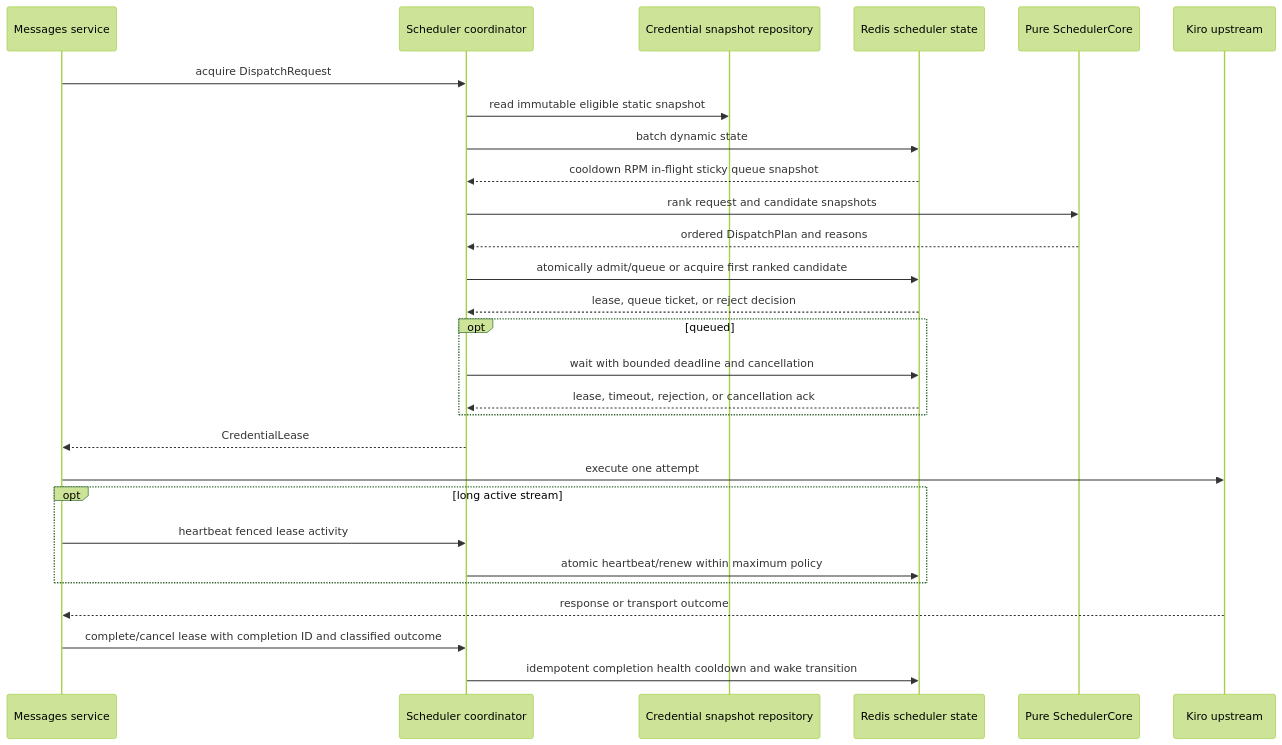
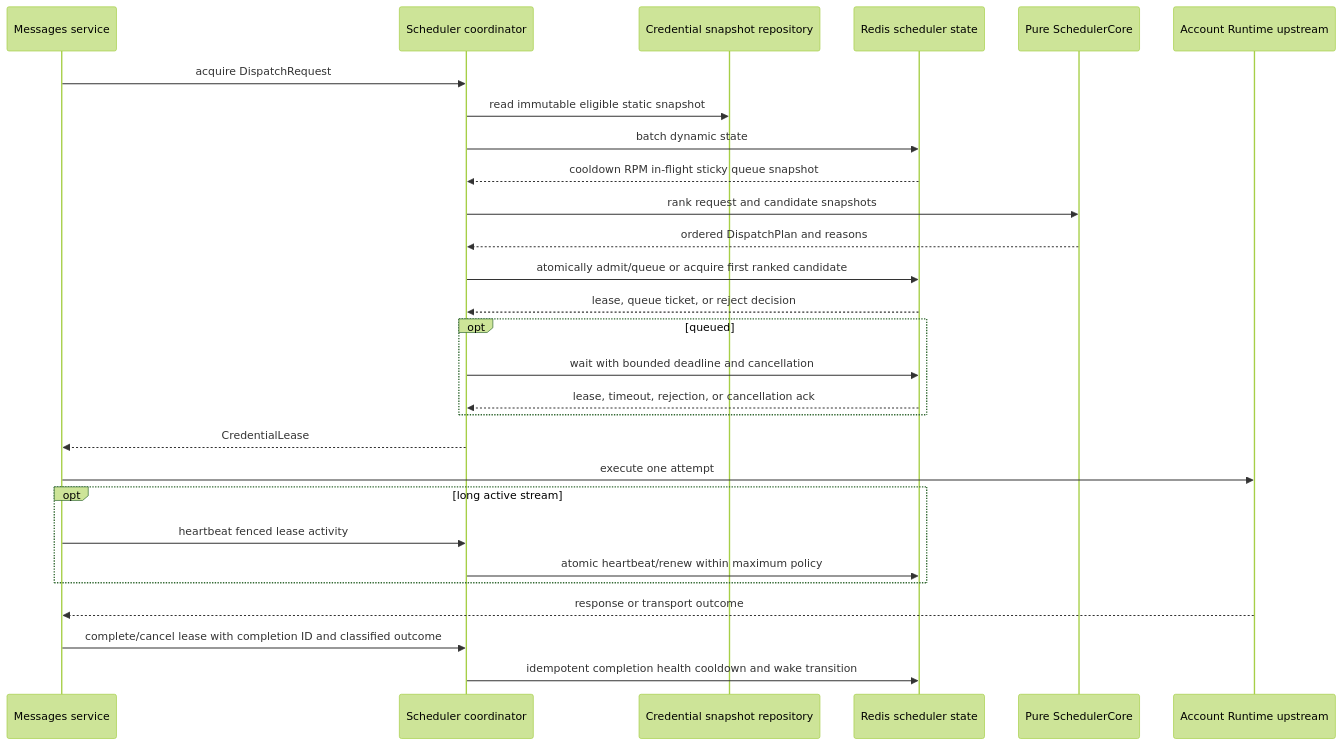
One commit to 2ue/kiro.rs changed the third of 9 diagrams in docs/plantree/plans/system-architecture-modernization/topics/architecture/runtime-control-and-data-flows.md. Above: the diagram before and after it, drawn with Mermaid (forest theme). The commit also changed other lines of this file and 620 other files, not shown here.

````diff
--- a/docs/plantree/plans/system-architecture-modernization/topics/architecture/runtime-control-and-data-flows.md
+++ b/docs/plantree/plans/system-architecture-modernization/topics/architecture/runtime-control-and-data-flows.md
@@ -189,31 +189,31 @@
 ```mermaid
 sequenceDiagram
     participant App as Messages service
     participant Coord as Scheduler coordinator
     participant Repo as Credential snapshot repository
     participant Redis as Redis scheduler state
     participant Core as Pure SchedulerCore
-    participant Upstream as Kiro upstream
+    participant Upstream as Account Runtime upstream
 
     App->>Coord: acquire DispatchRequest
     Coord->>Repo: read immutable eligible static snapshot
     Coord->>Redis: batch dynamic state
     Redis-->>Coord: cooldown RPM in-flight sticky queue snapshot
     Coord->>Core: rank request and candidate snapshots
     Core-->>Coord: ordered DispatchPlan and reasons
     Coord->>Redis: atomically admit/queue or acquire first ranked candidate
     Redis-->>Coord: lease, queue ticket, or reject decision
     opt queued
         Coord->>Redis: wait with bounded deadline and cancellation
         Redis-->>Coord: lease, timeout, rejection, or cancellation ack
     end
     Coord-->>App: CredentialLease
     App->>Upstream: execute one attempt
     opt long active stream
         App->>Coord: heartbeat fenced lease activity
         Coord->>Redis: atomic heartbeat/renew within maximum policy
     end
     Upstream-->>App: response or transport outcome
     App->>Coord: complete/cancel lease with completion ID and classified outcome
     Coord->>Redis: idempotent completion health cooldown and wake transition
 ```
````
